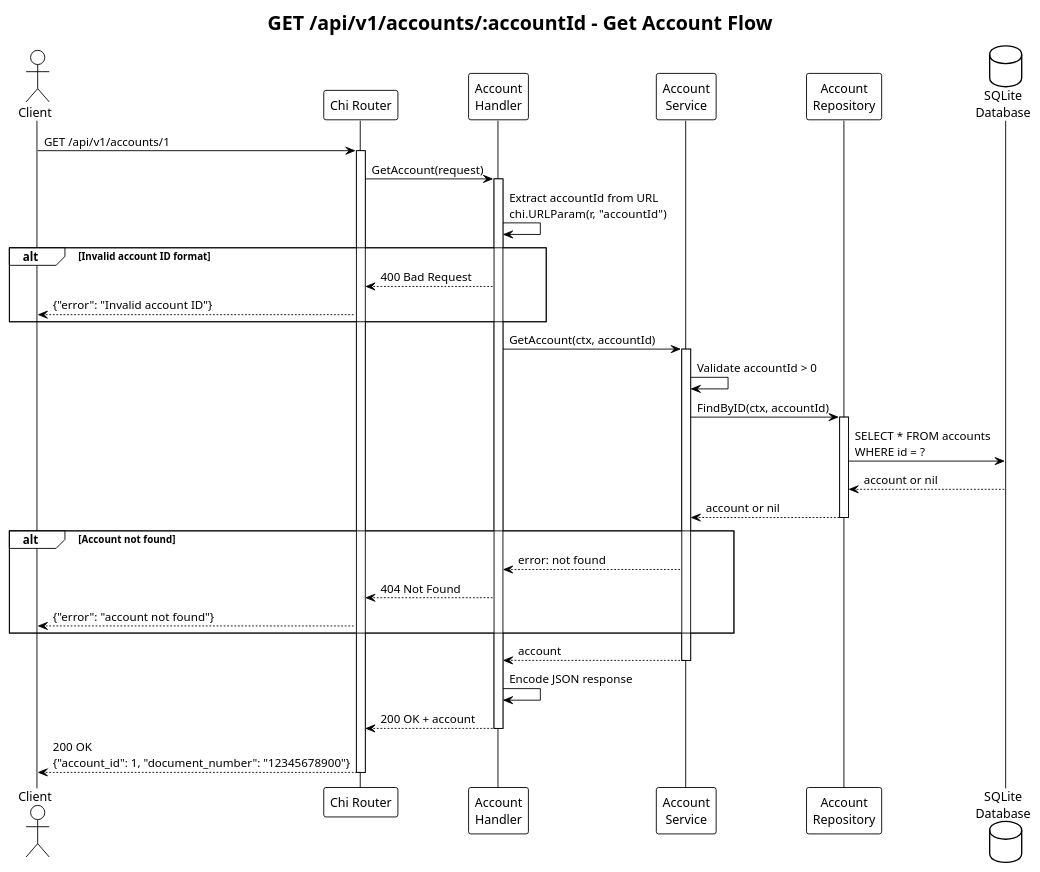
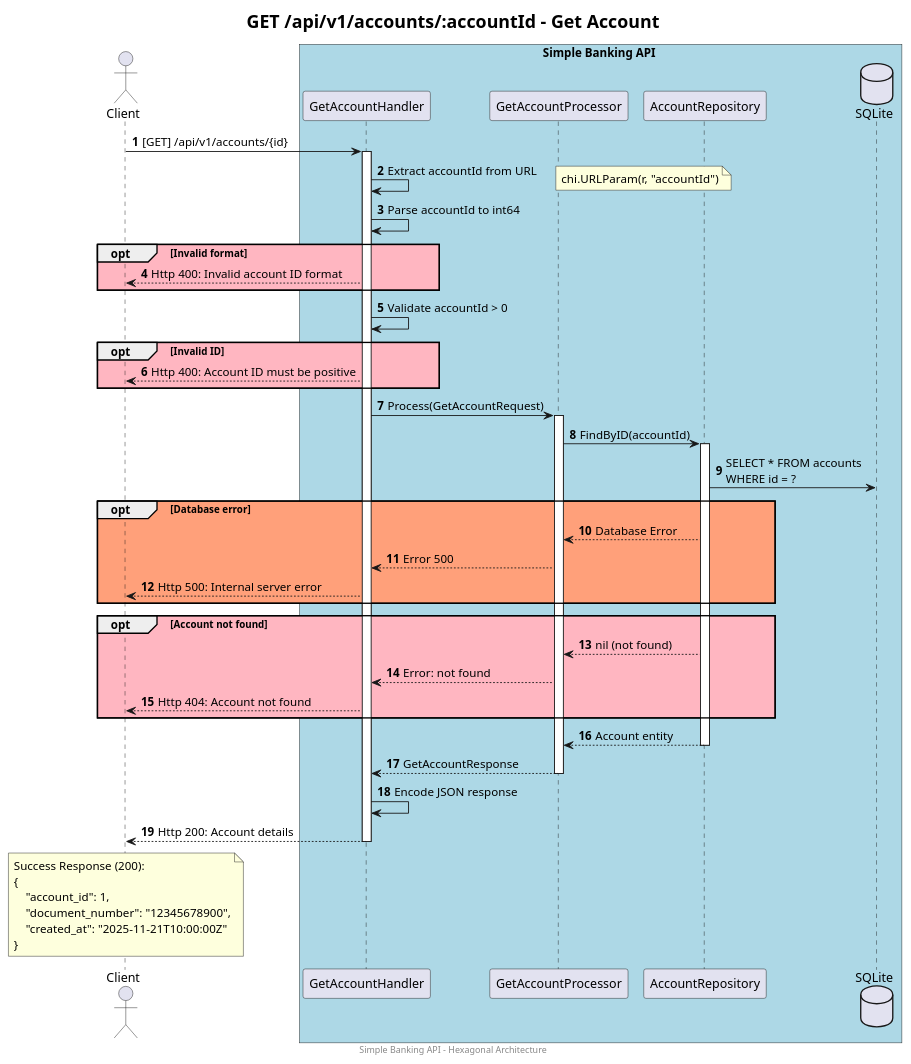
One commit to larissamartinsss/simple-banking-api changed the diagram in docs/sequence-diagrams/endpoint-get-account.puml. Above: the diagram before and after it, drawn with PlantUML. The commit also changed 8 other files, not shown here.

Commit message:
update diagrams and generated image

```diff
--- a/docs/sequence-diagrams/endpoint-get-account.puml
+++ b/docs/sequence-diagrams/endpoint-get-account.puml
@@ -1,53 +1,73 @@
 @startuml get-account-sequence
-!theme plain
-title GET /api/v1/accounts/:accountId - Get Account Flow
+footer Simple Banking API - Hexagonal Architecture
+title <size:20>GET /api/v1/accounts/:accountId - Get Account</size>
+
+autonumber
 
 actor Client
-participant "Chi Router" as Router
-participant "Account\nHandler" as Handler
-participant "Account\nService" as Service
-participant "Account\nRepository" as Repo
-database "SQLite\nDatabase" as DB
 
-Client -> Router: GET /api/v1/accounts/1
-activate Router
+box Simple Banking API #lightblue
+    participant "GetAccountHandler" as Handler
+    participant "GetAccountProcessor" as Processor
+    participant "AccountRepository" as Repo
+    database SQLite
+end box
 
-Router -> Handler: GetAccount(request)
+Client -> Handler: [GET] /api/v1/accounts/{id}
+
 activate Handler
 
-Handler -> Handler: Extract accountId from URL\nchi.URLParam(r, "accountId")
+    Handler -> Handler: Extract accountId from URL
+    note right: chi.URLParam(r, "accountId")
+    
+    Handler -> Handler: Parse accountId to int64
+    opt #LightPink Invalid format
+        Client <-- Handler: Http 400: Invalid account ID format
+    end
 
-alt Invalid account ID format
-    Handler --> Router: 400 Bad Request
-    Router --> Client: {"error": "Invalid account ID"}
-end
+    Handler -> Handler: Validate accountId > 0
+    opt #LightPink Invalid ID
+        Client <-- Handler: Http 400: Account ID must be positive
+    end
 
-Handler -> Service: GetAccount(ctx, accountId)
-activate Service
+    Handler -> Processor: Process(GetAccountRequest)
+    activate Processor
 
-Service -> Service: Validate accountId > 0
+        Processor -> Repo: FindByID(accountId)
+        activate Repo
+            Repo -> SQLite: SELECT * FROM accounts\nWHERE id = ?
+            
+            opt #LightSalmon Database error
+                Processor <-- Repo: Database Error
+                Handler <-- Processor: Error 500
+                Client <-- Handler: Http 500: Internal server error
+            end
+            
+            opt #LightPink Account not found
+                Processor <-- Repo: nil (not found)
+                Handler <-- Processor: Error: not found
+                Client <-- Handler: Http 404: Account not found
+            end
+            
+            Processor <-- Repo: Account entity
+        deactivate Repo
 
-Service -> Repo: FindByID(ctx, accountId)
-activate Repo
-Repo -> DB: SELECT * FROM accounts\nWHERE id = ?
-DB --> Repo: account or nil
-Repo --> Service: account or nil
-deactivate Repo
+        Handler <-- Processor: GetAccountResponse
+    deactivate Processor
 
-alt Account not found
-    Service --> Handler: error: not found
-    Handler --> Router: 404 Not Found
-    Router --> Client: {"error": "account not found"}
-end
+    Handler -> Handler: Encode JSON response
 
-Service --> Handler: account
-deactivate Service
+    Client <-- Handler: Http 200: Account details
 
-Handler -> Handler: Encode JSON response
-Handler --> Router: 200 OK + account
 deactivate Handler
 
-Router --> Client: 200 OK\n{"account_id": 1, "document_number": "12345678900"}
-deactivate Router
+note over Client
+    Success Response (200):
+    {
+        "account_id": 1,
+        "document_number": "12345678900",
+        "created_at": "2025-11-21T10:00:00Z"
+    }
+end note
 
 @enduml
```
